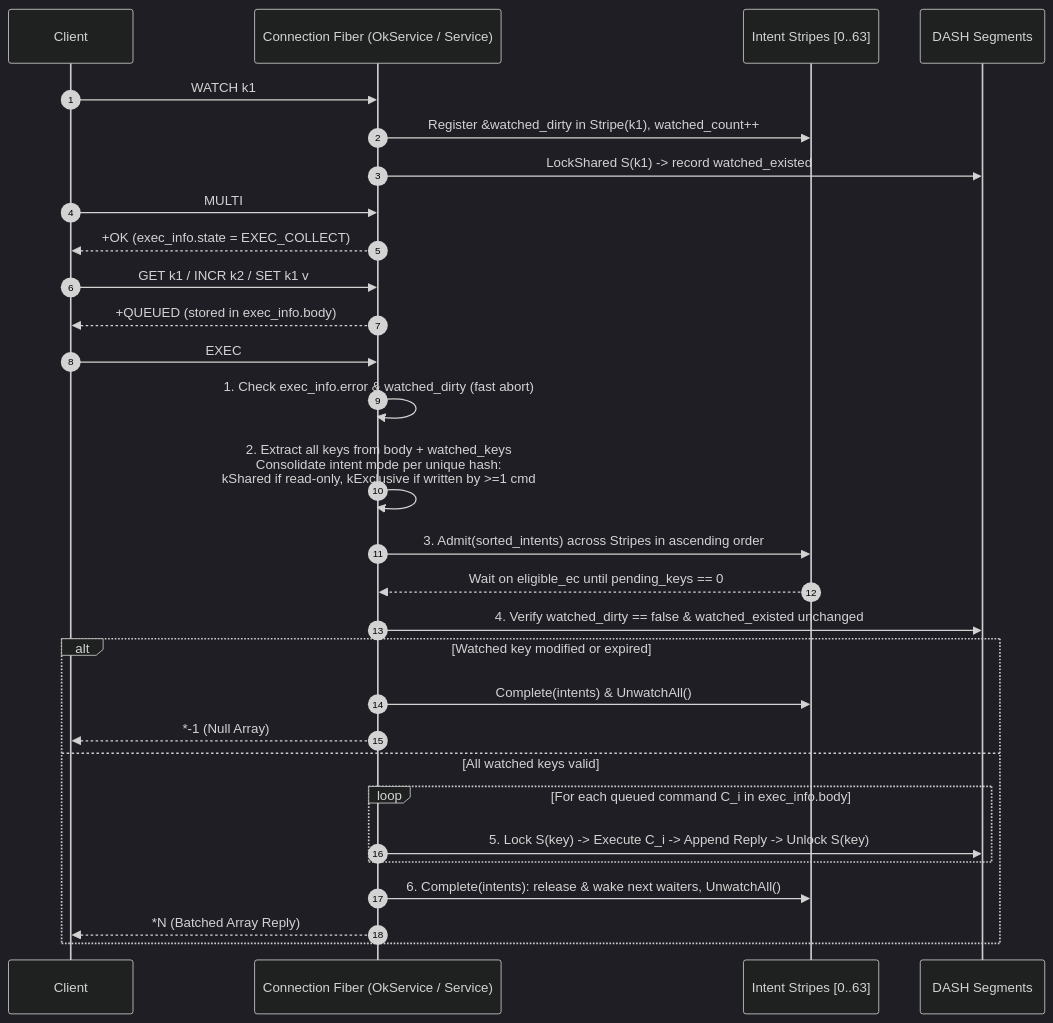
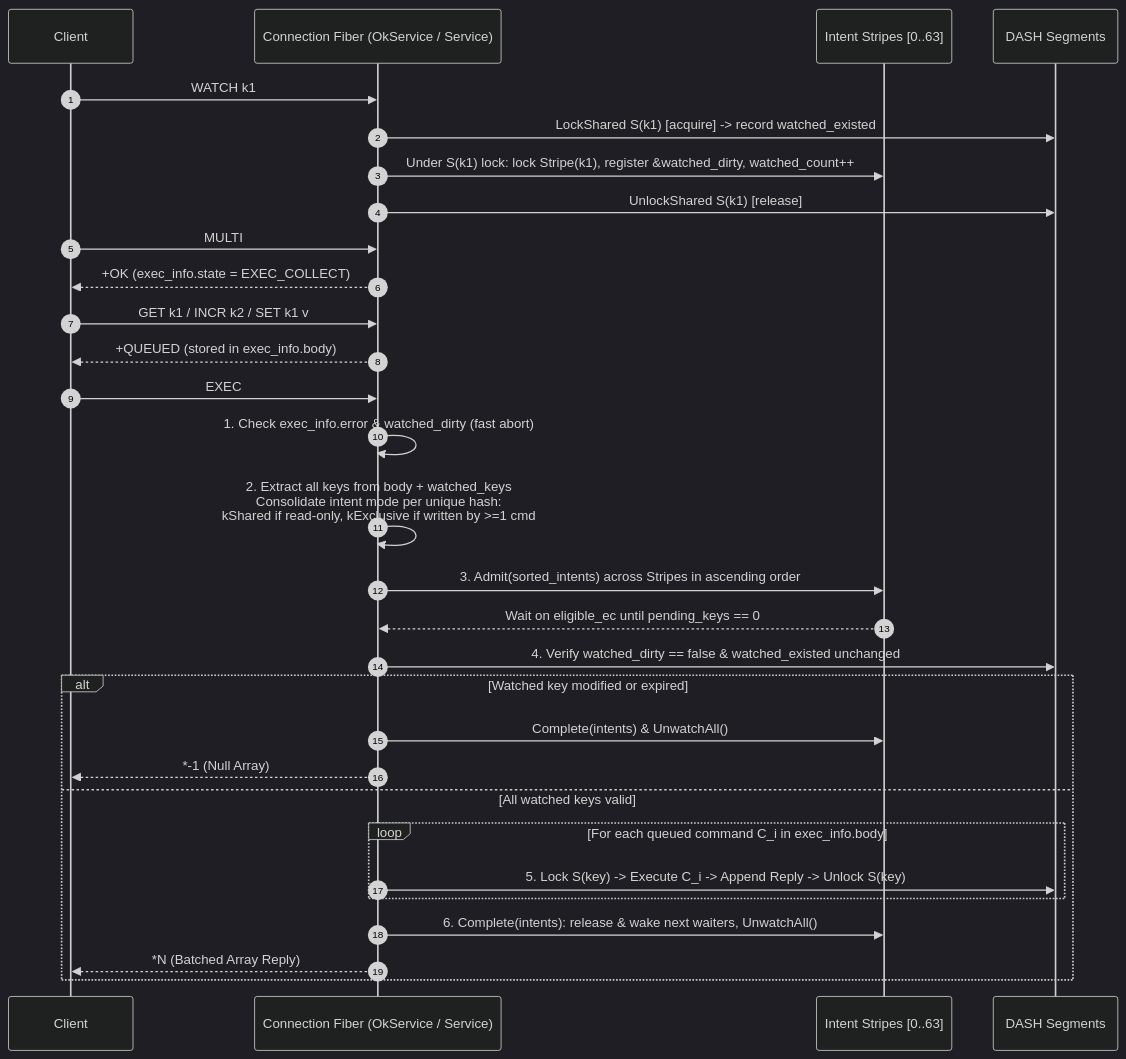
Before and after one commit to dragonflydb/dragonfly: the sixth of 9 diagrams in docs/share-everything-poc.md, drawn with Mermaid (dark theme). The commit also changed other lines of this file, not shown here.

````diff
--- a/docs/share-everything-poc.md
+++ b/docs/share-everything-poc.md
@@ -644,32 +689,33 @@
 ```mermaid
 sequenceDiagram
     autonumber
     participant Client
     participant Fiber as Connection Fiber (OkService / Service)
     participant Stripes as Intent Stripes [0..63]
     participant Segs as DASH Segments
 
     Client->>Fiber: WATCH k1
-    Fiber->>Stripes: Register &watched_dirty in Stripe(k1), watched_count++
-    Fiber->>Segs: LockShared S(k1) -> record watched_existed
+    Fiber->>Segs: LockShared S(k1) [acquire] -> record watched_existed
+    Fiber->>Stripes: Under S(k1) lock: lock Stripe(k1), register &watched_dirty, watched_count++
+    Fiber->>Segs: UnlockShared S(k1) [release]
     Client->>Fiber: MULTI
     Fiber-->>Client: +OK (exec_info.state = EXEC_COLLECT)
     Client->>Fiber: GET k1 / INCR k2 / SET k1 v
     Fiber-->>Client: +QUEUED (stored in exec_info.body)
     Client->>Fiber: EXEC
     Fiber->>Fiber: 1. Check exec_info.error & watched_dirty (fast abort)
     Fiber->>Fiber: 2. Extract all keys from body + watched_keys<br/>Consolidate intent mode per unique hash:<br/>kShared if read-only, kExclusive if written by >=1 cmd
     Fiber->>Stripes: 3. Admit(sorted_intents) across Stripes in ascending order
     Stripes-->>Fiber: Wait on eligible_ec until pending_keys == 0
     Fiber->>Segs: 4. Verify watched_dirty == false & watched_existed unchanged
     alt Watched key modified or expired
         Fiber->>Stripes: Complete(intents) & UnwatchAll()
         Fiber-->>Client: *-1 (Null Array)
     else All watched keys valid
         loop For each queued command C_i in exec_info.body
             Fiber->>Segs: 5. Lock S(key) -> Execute C_i -> Append Reply -> Unlock S(key)
         end
         Fiber->>Stripes: 6. Complete(intents): release & wake next waiters, UnwatchAll()
         Fiber-->>Client: *N (Batched Array Reply)
     end
 ```
````
